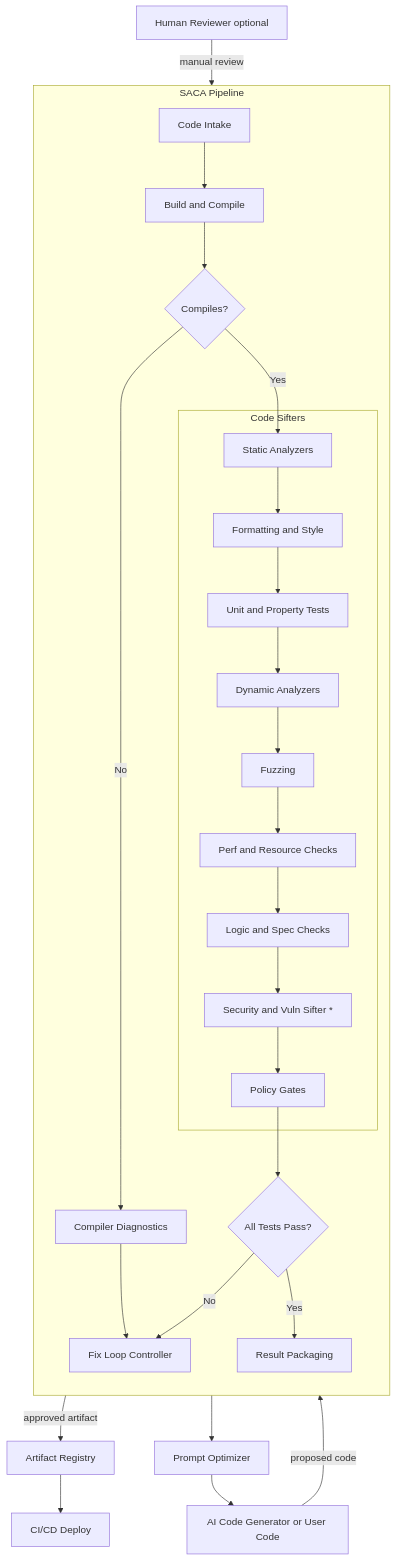
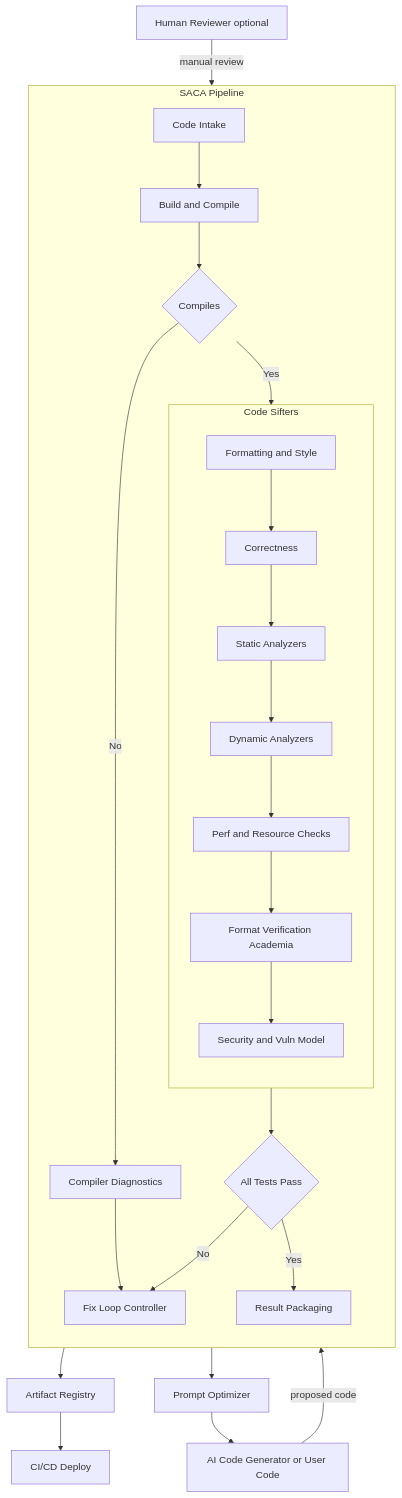
One commit to boggioMichael/saca changed the diagram in README.md. Above: the diagram before and after it, drawn with Mermaid. The commit also changed other lines of this file, not shown here.

Commit message:
Update README.md - CR and changes to architecture

````diff
--- a/README.md
+++ b/README.md
@@ -53,38 +50,36 @@
 ```mermaid
 flowchart TD
   %% Inputs / Outputs
   A[AI Code Generator or User Code] -->|proposed code| B[Code Intake]
-  Z[Human Reviewer optional] -->|manual review| N
-  N -->|approved artifact| AA[Artifact Registry]
+  Z[Human Reviewer optional] -->|manual review| N[Result Packaging]
+  N --> AA[Artifact Registry]
   AA --> AB[CI/CD Deploy]
 
   %% SACA Pipeline
   subgraph S[SACA Pipeline]
     direction TB
     B --> C[Build and Compile]
-    C --> D{Compiles?}
-    D -- No --> R1[Compiler Diagnostics] --> Q
-    D -- Yes --> E
+    C --> D{Compiles}
+    D -- No --> R1[Compiler Diagnostics] --> Q[Fix Loop Controller]
+    D -- Yes --> E1[Formatting and Style]
 
     %% Code Sifters group
     subgraph CS[Code Sifters]
-      E[Static Analyzers]
-      E --> F[Formatting and Style]
-      F --> G[Unit and Property Tests]
-      G --> H[Dynamic Analyzers]
-      H --> I[Fuzzing]
-      I --> J[Perf and Resource Checks]
-      J --> K[Logic and Spec Checks]
-      K --> L[Security and Vuln Sifter *]
-      L --> M[Policy Gates]
+      direction TB
+      E1 --> E2[Correctness]
+      E2 --> E3[Static Analyzers]
+      E3 --> E4[Dynamic Analyzers]
+      E4 --> E5[Perf and Resource Checks]
+      E5 --> E6[Format Verification Academia]
+      E6 --> E7[Security and Vuln Model]
     end
 
-    M --> O{All Tests Pass?}
-    O -- Yes --> N[Result Packaging]
-    O -- No --> Q[Fix Loop Controller]
+    E7 --> M{All Tests Pass}
+    M -- Yes --> N
+    M -- No --> Q
   end
 
   %% Feedback Loop
   Q --> P[Prompt Optimizer]
   P --> A
 ```
````
